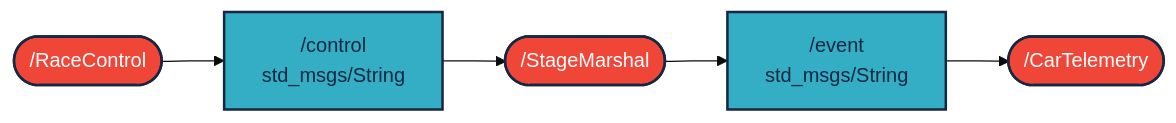
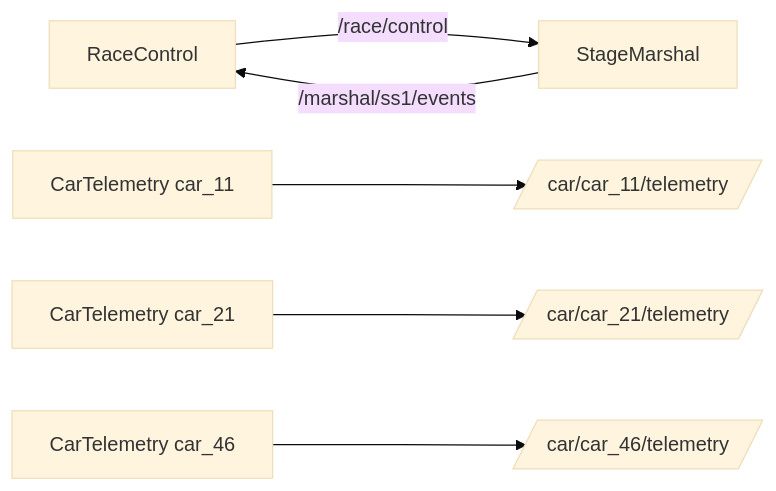
Before and after one commit to gerike041/urb_lx1_aj: the diagram in README.md, drawn with Mermaid (base theme). The commit also changed other lines of this file, not shown here.

````diff
--- a/README.md
+++ b/README.md
@@ -54,14 +61,13 @@
 ```mermaid
-    graph LR;
+    graph LR
+    RC[RaceControl] -- /race/control --> M[StageMarshal]
+    M -- /marshal/ss1/events --> RC
+    C11[CarTelemetry car_11] --> T11[/car/car_11/telemetry/]
+    C21[CarTelemetry car_21] --> T21[/car/car_21/telemetry/]
+    C46[CarTelemetry car_46] --> T46[/car/car_46/telemetry/]
 
-race([ /RaceControl ]):::red --> control_msg[ /control<br/>std_msgs/String]:::light
-control_msg --> marshal([ /StageMarshal ]):::red
-marshal --> event_msg[ /event<br/>std_msgs/String]:::light
-event_msg --> car([ /CarTelemetry ]):::red
-
-classDef light fill:#34aec5,stroke:#152742,stroke-width:2px,color:#152742  
-classDef dark fill:#152742,stroke:#34aec5,stroke-width:2px,color:#34aec5
-classDef white fill:#ffffff,stroke:#152742,stroke-width:2px,color:#152742
+classDef light fill:#34aec5,stroke:#152742,stroke-width:2px,color:#152742
 classDef red fill:#ef4638,stroke:#152742,stroke-width:2px,color:#fff
 
+
 ```
````
